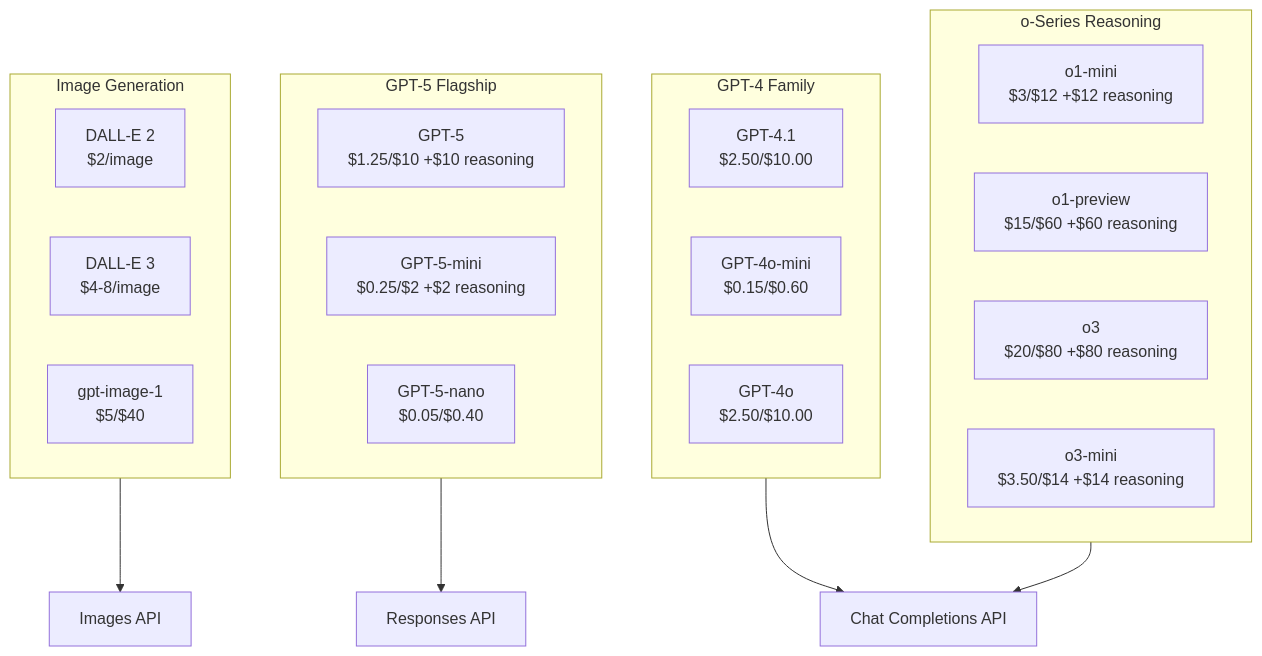
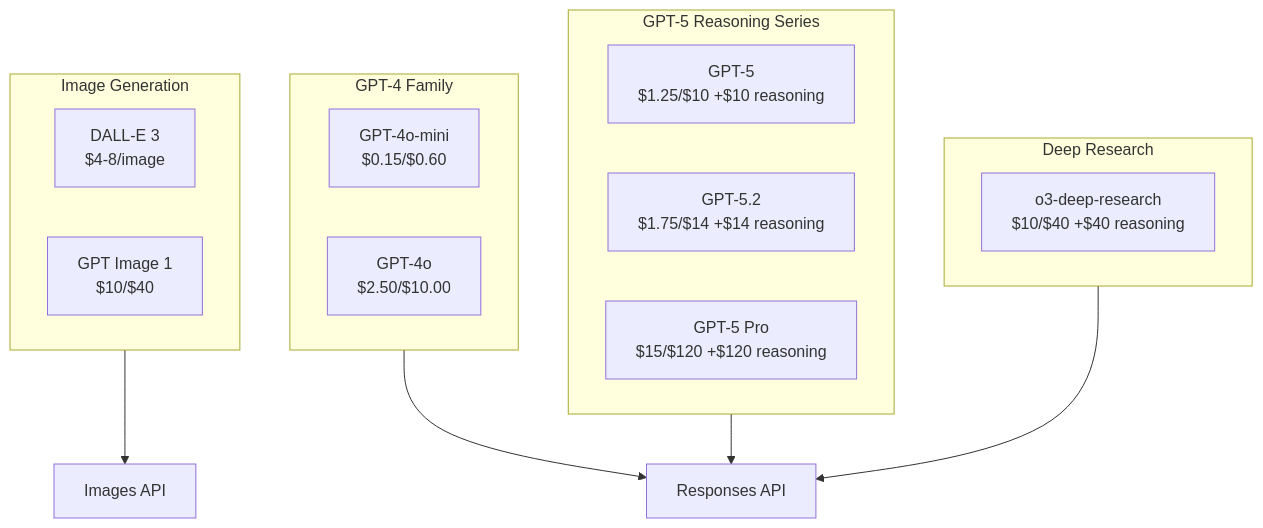
One commit to A4R5H1L/ai-platform-case-study changed the first of 2 diagrams in diagrams/model-catalog-viz.md. Above: the diagram before and after it, drawn with Mermaid. The commit also changed other lines of this file and 14 other files, not shown here.

Commit message:
Update docs to reflect pilot production state and latest RoboAI architecture

````diff
--- a/diagrams/model-catalog-viz.md
+++ b/diagrams/model-catalog-viz.md
@@ -5,32 +5,27 @@
 ```mermaid
 graph TB
     subgraph GPT4["GPT-4 Family"]
         4om[GPT-4o-mini<br/>$0.15/$0.60]
         4o[GPT-4o<br/>$2.50/$10.00]
-        41[GPT-4.1<br/>$2.50/$10.00]
     end
 
-    subgraph OSeries["o-Series Reasoning"]
-        o1m[o1-mini<br/>$3/$12 +$12 reasoning]
-        o1p[o1-preview<br/>$15/$60 +$60 reasoning]
-        o3[o3<br/>$20/$80 +$80 reasoning]
-        o3m[o3-mini<br/>$3.50/$14 +$14 reasoning]
+    subgraph GPT5["GPT-5 Reasoning Series"]
+        g5[GPT-5<br/>$1.25/$10 +$10 reasoning]
+        g52[GPT-5.2<br/>$1.75/$14 +$14 reasoning]
+        g5p[GPT-5 Pro<br/>$15/$120 +$120 reasoning]
     end
 
-    subgraph GPT5["GPT-5 Flagship"]
-        g5[GPT-5<br/>$1.25/$10 +$10 reasoning]
-        g5m[GPT-5-mini<br/>$0.25/$2 +$2 reasoning]
-        g5n[GPT-5-nano<br/>$0.05/$0.40]
+    subgraph Research["Deep Research"]
+        o3dr[o3-deep-research<br/>$10/$40 +$40 reasoning]
     end
 
     subgraph Image["Image Generation"]
-        d2[DALL-E 2<br/>$2/image]
         d3[DALL-E 3<br/>$4-8/image]
-        gi[gpt-image-1<br/>$5/$40]
+        gi[GPT Image 1<br/>$10/$40]
     end
 
-    GPT4 --> ChatAPI[Chat Completions API]
-    OSeries --> ChatAPI
-    GPT5 --> RespAPI[Responses API]
+    GPT4 --> RespAPI[Responses API]
+    GPT5 --> RespAPI
+    Research --> RespAPI
     Image --> ImgAPI[Images API]
 ```
````
